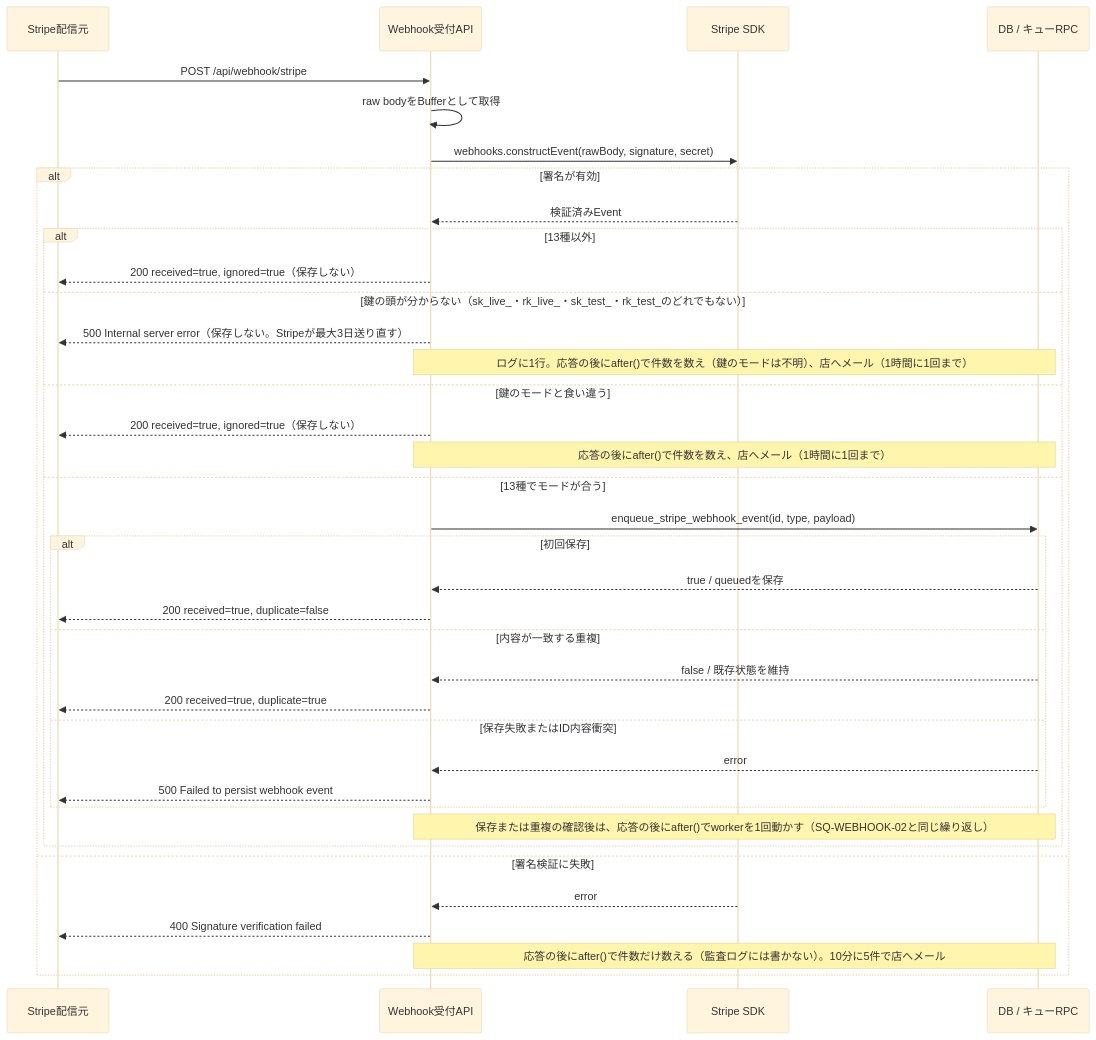
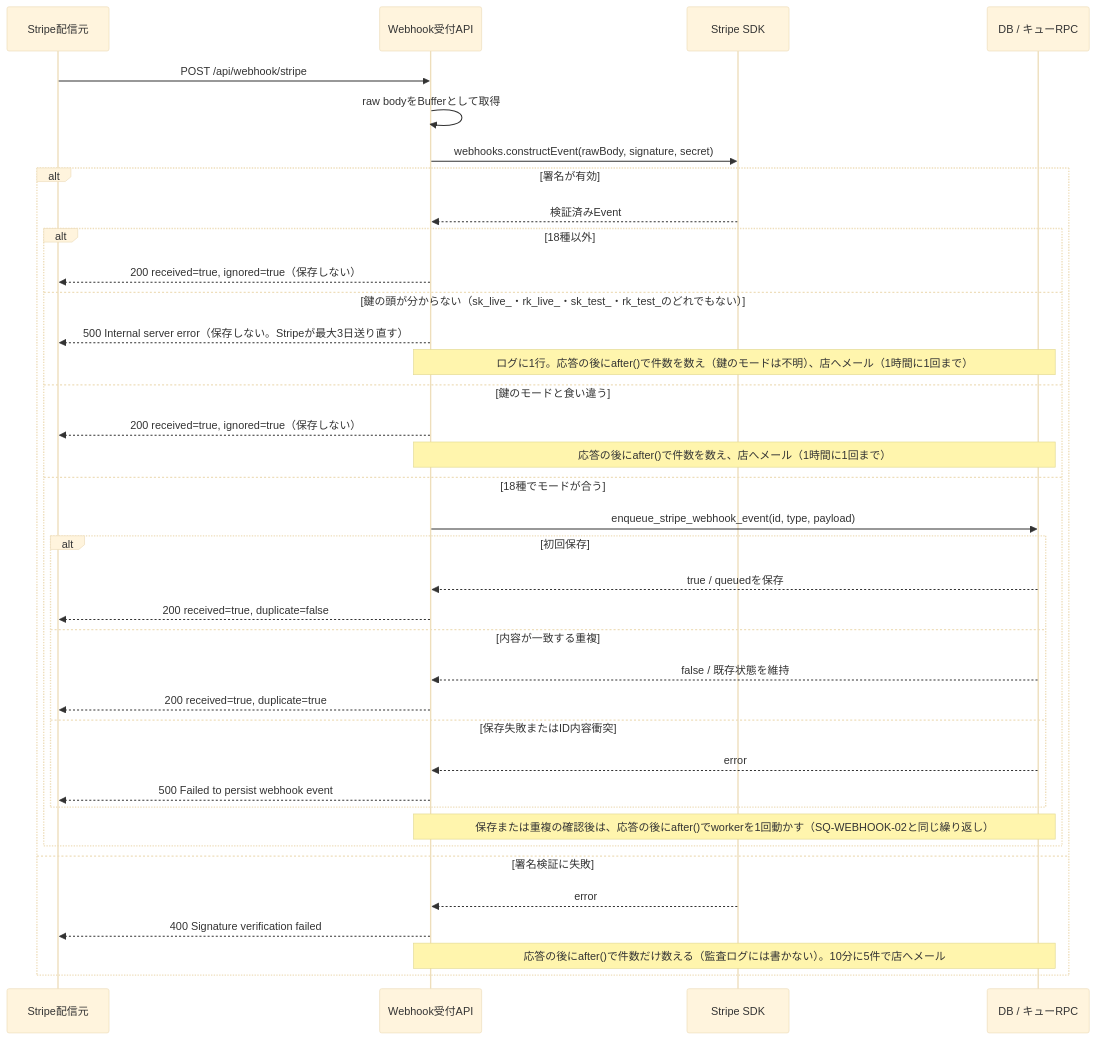
Before and after one commit to ChocoWork/o_official: the first of 3 diagrams in docs/04_DetailDesign/sequence/stripe-webhooks.md, drawn with Mermaid (base theme). The commit also changed other lines of this file and 31 other files, not shown here.

````diff
--- a/docs/04_DetailDesign/sequence/stripe-webhooks.md
+++ b/docs/04_DetailDesign/sequence/stripe-webhooks.md
@@ -29,39 +29,39 @@
 ```mermaid
 sequenceDiagram
     participant Stripe as Stripe配信元
     participant API as Webhook受付API
     participant SDK as Stripe SDK
     participant DB as DB / キューRPC
     Stripe->>API: POST /api/webhook/stripe
     API->>API: raw bodyをBufferとして取得
     API->>SDK: webhooks.constructEvent(rawBody, signature, secret)
     alt 署名が有効
         SDK-->>API: 検証済みEvent
-        alt 13種以外
+        alt 18種以外
             API-->>Stripe: 200 received=true, ignored=true（保存しない）
         else 鍵の頭が分からない（sk_live_・rk_live_・sk_test_・rk_test_のどれでもない）
             API-->>Stripe: 500 Internal server error（保存しない。Stripeが最大3日送り直す）
             Note over API,DB: ログに1行。応答の後にafter()で件数を数え（鍵のモードは不明）、店へメール（1時間に1回まで）
         else 鍵のモードと食い違う
             API-->>Stripe: 200 received=true, ignored=true（保存しない）
             Note over API,DB: 応答の後にafter()で件数を数え、店へメール（1時間に1回まで）
-        else 13種でモードが合う
+        else 18種でモードが合う
             API->>DB: enqueue_stripe_webhook_event(id, type, payload)
             alt 初回保存
                 DB-->>API: true / queuedを保存
                 API-->>Stripe: 200 received=true, duplicate=false
             else 内容が一致する重複
                 DB-->>API: false / 既存状態を維持
                 API-->>Stripe: 200 received=true, duplicate=true
             else 保存失敗またはID内容衝突
                 DB-->>API: error
                 API-->>Stripe: 500 Failed to persist webhook event
             end
             Note over API,DB: 保存または重複の確認後は、応答の後にafter()でworkerを1回動かす（SQ-WEBHOOK-02と同じ繰り返し）
         end
     else 署名検証に失敗
         SDK-->>API: error
         API-->>Stripe: 400 Signature verification failed
         Note over API,DB: 応答の後にafter()で件数だけ数える（監査ログには書かない）。10分に5件で店へメール
     end
 ```
````
